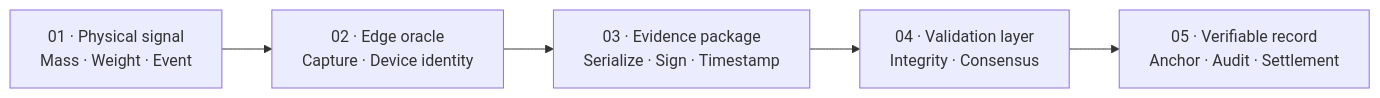
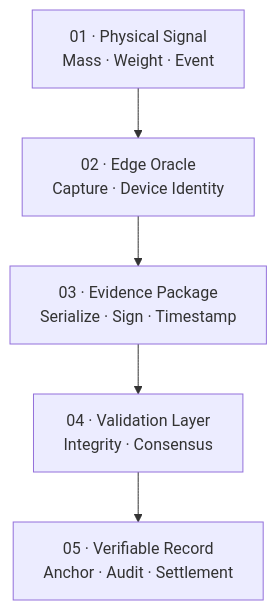
The diagram in README.md (GabsDevX/GabsDevX), drawn with Mermaid before and after one commit. The commit also changed other lines of this file, not shown here.

````diff
--- a/README.md
+++ b/README.md
@@ -148,7 +219,13 @@
 ```mermaid
-flowchart LR
-    A["01 · Physical signal<br/>Mass · Weight · Event"] --> B["02 · Edge oracle<br/>Capture · Device identity"]
-    B --> C["03 · Evidence package<br/>Serialize · Sign · Timestamp"]
-    C --> D["04 · Validation layer<br/>Integrity · Consensus"]
-    D --> E["05 · Verifiable record<br/>Anchor · Audit · Settlement"]
+flowchart TD
+    A["01 · Physical Signal<br/>Mass · Weight · Event"]
+    B["02 · Edge Oracle<br/>Capture · Device Identity"]
+    C["03 · Evidence Package<br/>Serialize · Sign · Timestamp"]
+    D["04 · Validation Layer<br/>Integrity · Consensus"]
+    E["05 · Verifiable Record<br/>Anchor · Audit · Settlement"]
+
+    A --> B
+    B --> C
+    C --> D
+    D --> E
 ```
````
